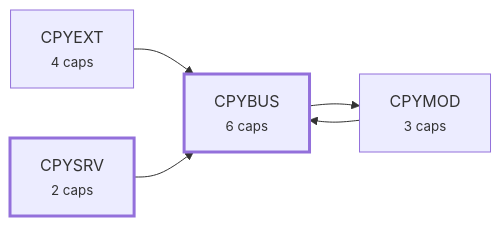
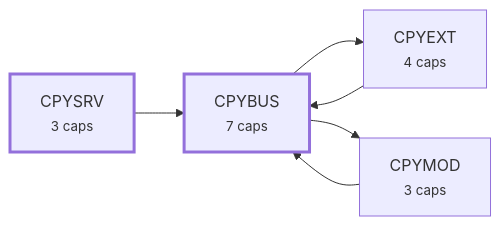
One commit to alxmax/Consilium-py changed the third of 4 diagrams in requirements/_map.md. Above: the diagram before and after it, drawn with Mermaid. The commit also changed other lines of this file and 21 other files, not shown here.

````diff
--- a/requirements/_map.md
+++ b/requirements/_map.md
@@ -152,13 +169,14 @@
 ```mermaid
 graph LR
-  a_CPYBUS["CPYBUS<br><small>6 caps</small>"]
+  a_CPYBUS["CPYBUS<br><small>7 caps</small>"]
   a_CPYEXT["CPYEXT<br><small>4 caps</small>"]
   a_CPYMOD["CPYMOD<br><small>3 caps</small>"]
-  a_CPYSRV["CPYSRV<br><small>2 caps</small>"]
+  a_CPYSRV["CPYSRV<br><small>3 caps</small>"]
+  a_CPYBUS --> a_CPYEXT
   a_CPYBUS --> a_CPYMOD
   a_CPYEXT --> a_CPYBUS
   a_CPYMOD --> a_CPYBUS
   a_CPYSRV --> a_CPYBUS
   style a_CPYBUS stroke-width:3px
   style a_CPYSRV stroke-width:3px
 ```
````
